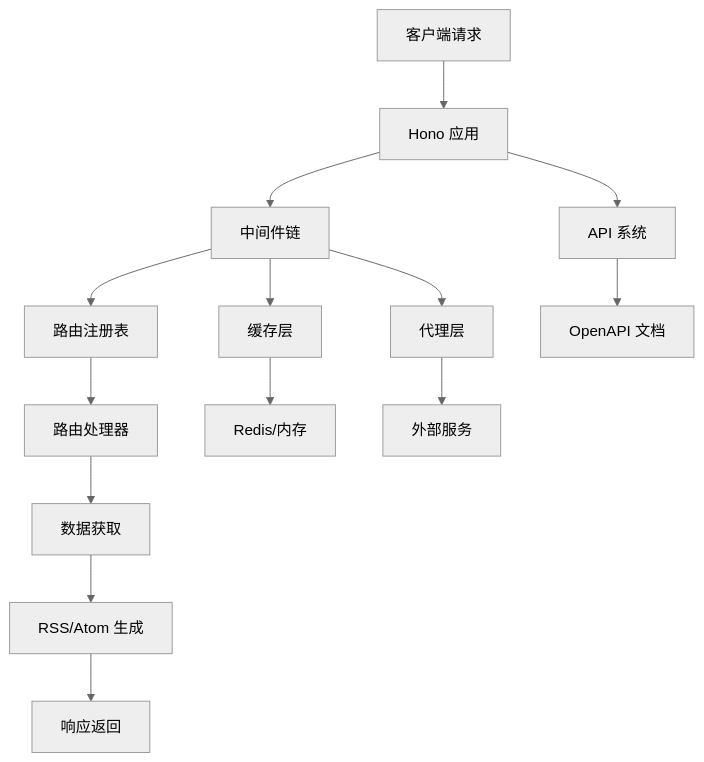
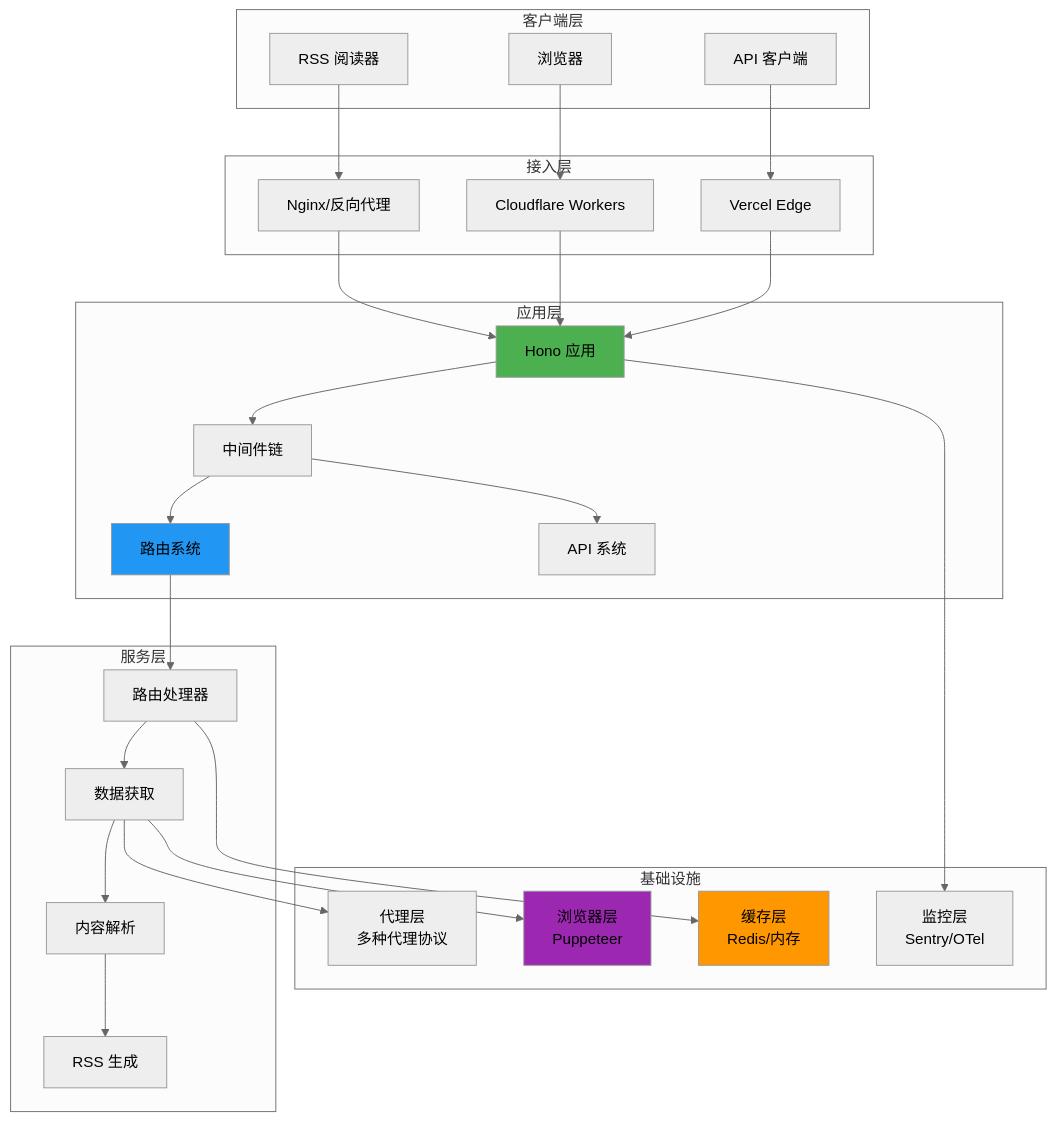
Before and after one commit to afanty2021/RSSHub: the first of 3 diagrams in CLAUDE.md, drawn with Mermaid (neutral theme). The commit also changed other lines of this file, not shown here.

````diff
--- a/CLAUDE.md
+++ b/CLAUDE.md
@@ -19,19 +106,58 @@
 ```mermaid
-graph TD
-    A["客户端请求"] --> B["Hono 应用"];
-    B --> C["中间件链"];
-    C --> D["路由注册表"];
-    D --> E["路由处理器"];
-    E --> F["数据获取"];
-    F --> G["RSS/Atom 生成"];
-    G --> H["响应返回"];
+graph TB
+    subgraph "客户端层"
+        A[RSS 阅读器]
+        B[浏览器]
+        C[API 客户端]
+    end
 
-    C --> I["缓存层"];
-    I --> J["Redis/内存"];
+    subgraph "接入层"
+        D[Nginx/反向代理]
+        E[Cloudflare Workers]
+        F[Vercel Edge]
+    end
 
-    C --> K["代理层"];
-    K --> L["外部服务"];
+    subgraph "应用层"
+        G[Hono 应用]
+        H[中间件链]
+        I[路由系统]
+        J[API 系统]
+    end
 
-    B --> M["API 系统"];
-    M --> N["OpenAPI 文档"];
+    subgraph "服务层"
+        K[路由处理器]
+        L[数据获取]
+        M[内容解析]
+        N[RSS 生成]
+    end
+
+    subgraph "基础设施"
+        O[缓存层<br/>Redis/内存]
+        P[代理层<br/>多种代理协议]
+        Q[浏览器层<br/>Puppeteer]
+        R[监控层<br/>Sentry/OTel]
+    end
+
+    A --> D
+    B --> E
+    C --> F
+    D --> G
+    E --> G
+    F --> G
+    G --> H
+    H --> I
+    H --> J
+    I --> K
+    K --> L
+    L --> M
+    M --> N
+    K --> O
+    L --> P
+    L --> Q
+    G --> R
+
+    style G fill:#4CAF50
+    style I fill:#2196F3
+    style O fill:#FF9800
+    style Q fill:#9C27B0
 ```
````
